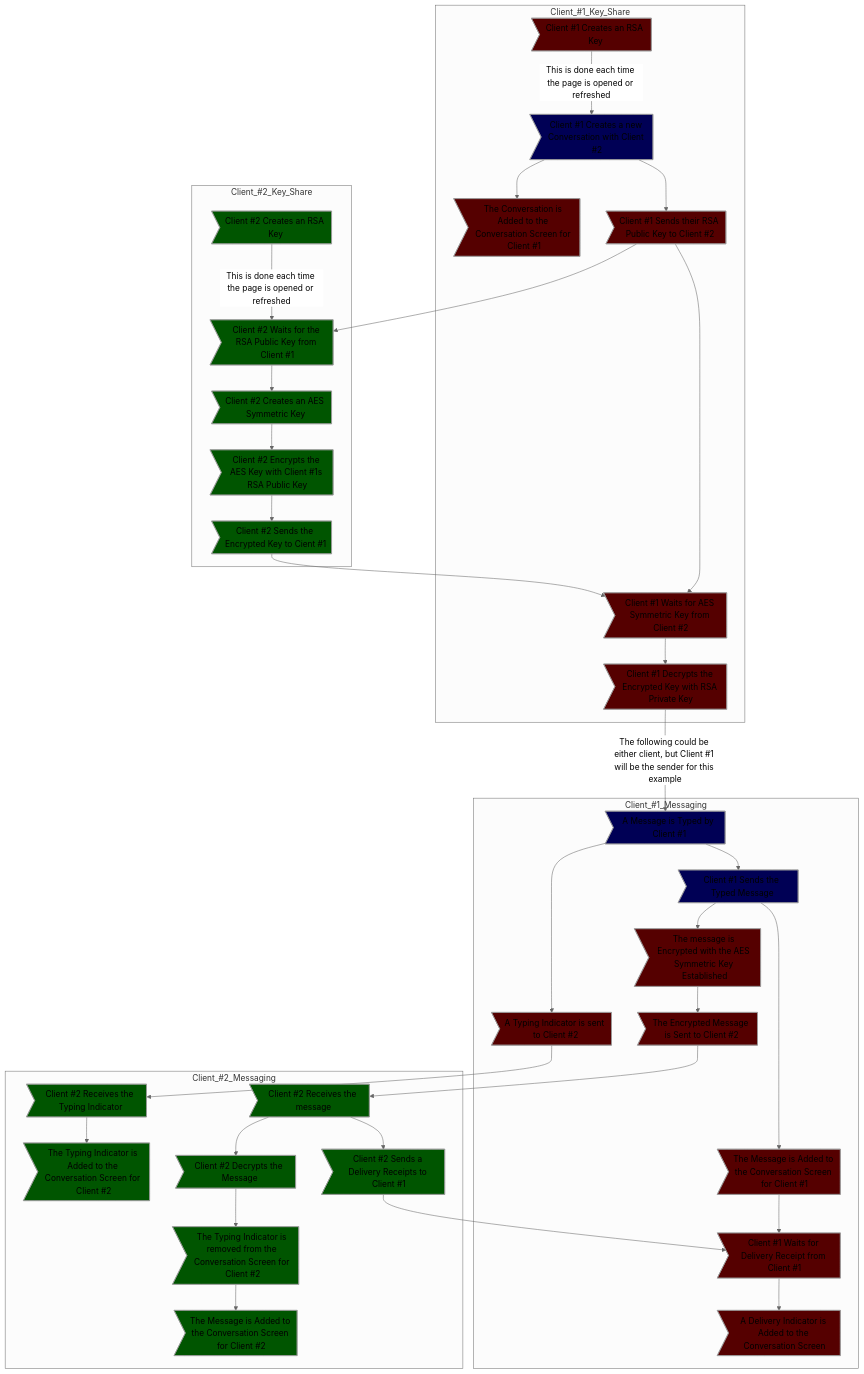
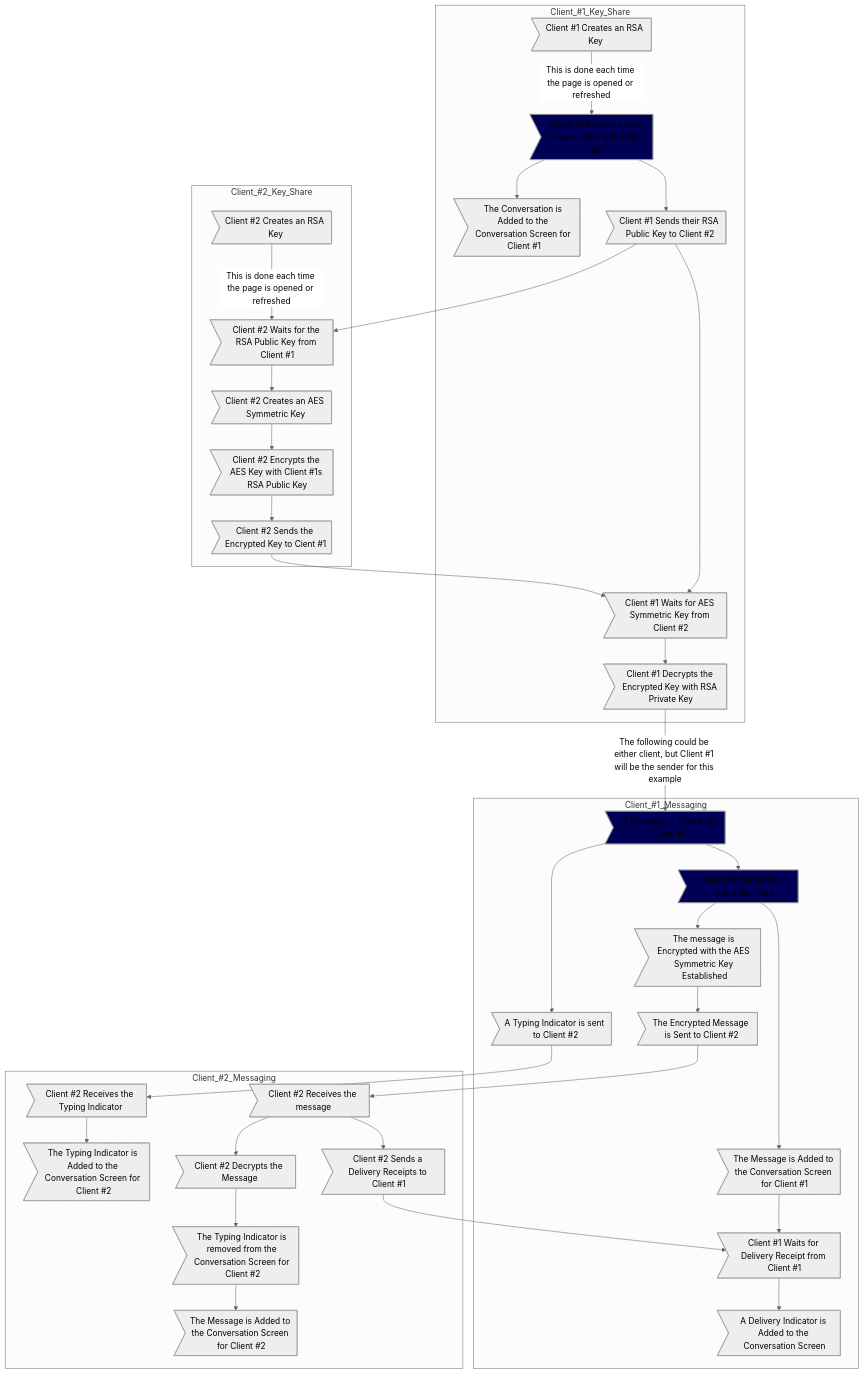
One commit to xXCrash2BomberXx/TinyChat changed the first of 2 diagrams in README.md. Above: the diagram before and after it, drawn with Mermaid (neutral theme).

````diff
--- a/README.md
+++ b/README.md
@@ -95,51 +95,47 @@
 ```mermaid
 graph TB;
   subgraph Client_#1_Key_Share
   A>Client #1 Creates an RSA Key] --> |This is done each time the page is opened or refreshed| B>Client #1 Creates a new Conversation with Client #2];
   B --> D>The Conversation is Added to the Conversation Screen for Client #1];
   B --> E>Client #1 Sends their RSA Public Key to Client #2];
   end
   subgraph Client_#2_Key_Share
   F>Client #2 Creates an RSA Key] --> |This is done each time the page is opened or refreshed| G>Client #2 Waits for the RSA Public Key from Client #1];
   E --> G;
   G --> H>Client #2 Creates an AES Symmetric Key];
   H -->I>Client #2 Encrypts the AES Key with Client #1s RSA Public Key];
   I -->J>Client #2 Sends the Encrypted Key to Cient #1];
   end
   subgraph Client_#1_Key_Share
   E --> K>Client #1 Waits for AES Symmetric Key from Client #2];
   J --> K;
   K --> L>Client #1 Decrypts the Encrypted Key with RSA Private Key];
   end
   L --> |The following could be either client, but Client #1 will be the sender for this example| M>A Message is Typed by Client #1];
   subgraph Client_#1_Messaging
   M --> W>A Typing Indicator is sent to Client #2];
   end
   subgraph Client_#2_Messaging
   W --> X>Client #2 Receives the Typing Indicator];
   X --> Y>The Typing Indicator is Added to the Conversation Screen for Client #2];
   end
   subgraph Client_#1_Messaging
   M --> Z>Client #1 Sends the Typed Message];
   Z --> N>The message is Encrypted with the AES Symmetric Key Established];
   N --> O>The Encrypted Message is Sent to Client #2];
   Z --> Q>The Message is Added to the Conversation Screen for Client #1];
   Q --> R>Client #1 Waits for Delivery Receipt from Client #1];
   R --> V>A Delivery Indicator is Added to the Conversation Screen];
   end
   subgraph Client_#2_Messaging
   O --> P>Client #2 Receives the message];
   P --> S>Client #2 Decrypts the Message];
   S --> C>The Typing Indicator is removed from the Conversation Screen for Client #2];
   C --> T>The Message is Added to the Conversation Screen for Client #2];
   P --> U>Client #2 Sends a Delivery Receipts to Client #1];
   U --> R;
   end
 
-  classDef c1 fill:#500
-  classDef c2 fill:#050
   classDef user fill:#005
-  class A,C,D,E,K,L,M,N,O,Q,R,V,W c1;
-  class F,G,H,I,J,P,S,T,U,X,Y,C c2;
   class B,M,Z user;
 ```
````
